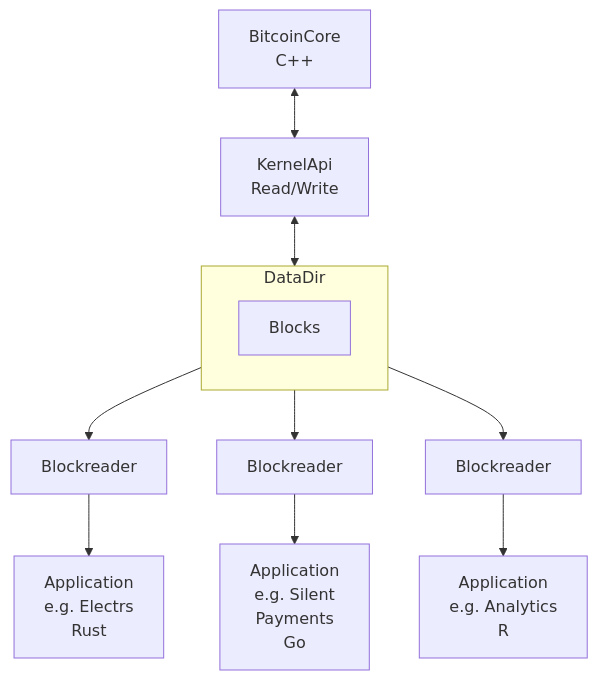
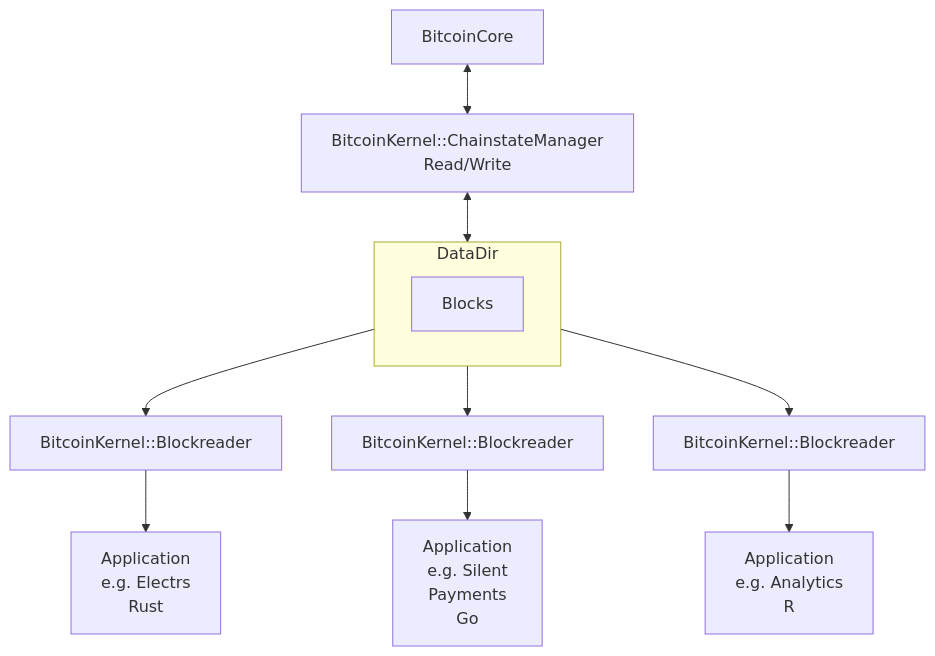
The second of 2 diagrams in README.md (alexanderwiederin/bitcoinkernel-blockreader), drawn with Mermaid before and after one commit. The commit also changed other lines of this file, not shown here.

````diff
--- a/README.md
+++ b/README.md
@@ -75,19 +60,19 @@
 ```mermaid
 graph TB
-    BC[BitcoinCore<br/>C++] <--> K1[KernelApi<br/>Read/Write]
+    BC[BitcoinCore<br/>] <--> K1[BitcoinKernel::ChainstateManager<br/>Read/Write]
     K1 <--> DD
-    
-    K2[Blockreader] --> A1[Application<br/>e.g. Electrs<br/>Rust]
-    
+
+    K2[BitcoinKernel::Blockreader] --> A1[Application<br/>e.g. Electrs<br/>Rust]
+
     subgraph DD [DataDir]
         BI[Blocks]
     end
-    
-    K4[Blockreader] --> A3[Application<br/>e.g. Analytics<br/>R]
-    
+
+    K4[BitcoinKernel::Blockreader] --> A3[Application<br/>e.g. Analytics<br/>R]
+
     DD --> K2
-    DD --> K3[Blockreader]
+    DD --> K3[BitcoinKernel::Blockreader]
     DD --> K4
-    
+
     K3 --> A2[Application<br/>e.g. Silent<br/>Payments<br/>Go]
 ```
````
